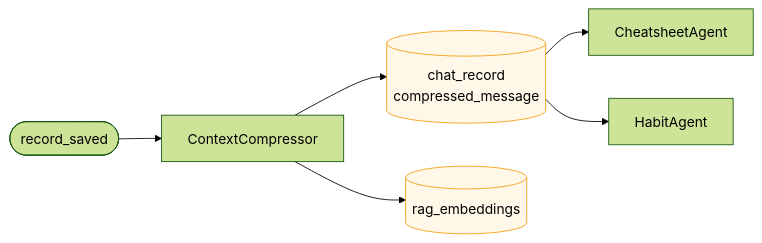
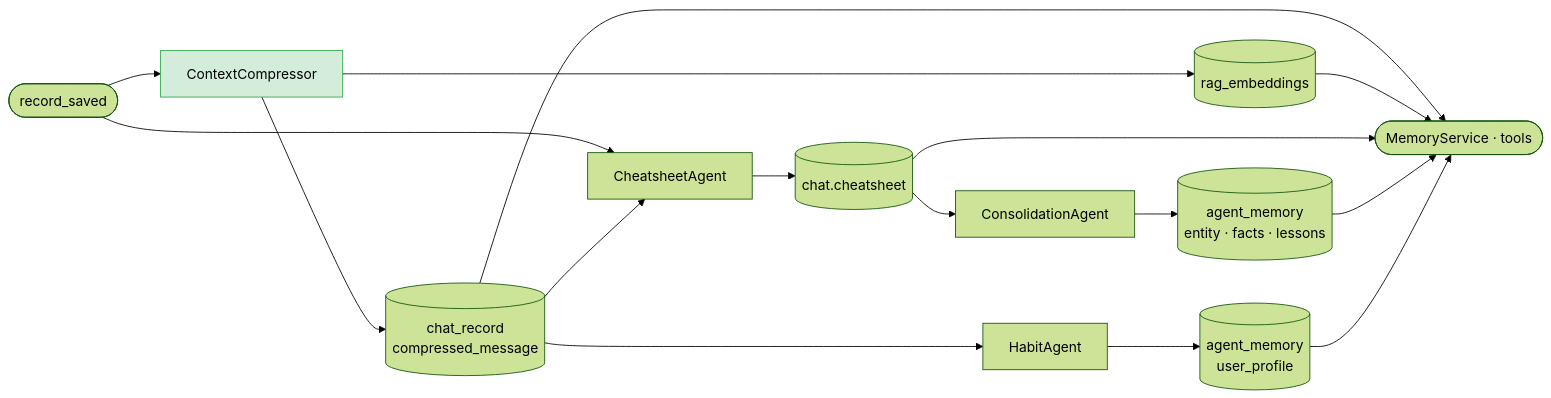
One commit to wiedersehne/Ida-arch changed the first of 5 diagrams in memory/context-compressor.md. Above: the diagram before and after it, drawn with Mermaid (forest theme). The commit also changed other lines of this file, not shown here.

````diff
--- a/memory/context-compressor.md
+++ b/memory/context-compressor.md
@@ -19,16 +21,28 @@
 ```mermaid
 flowchart LR
     RS(["record_saved"])
+
     CC["ContextCompressor"]
+    CSA["CheatsheetAgent"]
+    CONS["ConsolidationAgent"]
+    HA["HabitAgent"]
+
     CR[("chat_record\ncompressed_message")]
     RAG[("rag_embeddings")]
-    CSA["CheatsheetAgent"]
-    HA["HabitAgent"]
+    CS[("chat.cheatsheet")]
+    AM[("agent_memory\nentity · facts · lessons")]
+    UP[("agent_memory\nuser_profile")]
 
-    RS --> CC
+    MS(["MemoryService · tools"])
+
+    RS --> CC & CSA
     CC --> CR & RAG
     CR --> CSA & HA
+    CSA --> CS
+    CS --> CONS
+    CONS --> AM
+    HA --> UP
+    CR & RAG & CS & AM & UP --> MS
 
-    style CR fill:#fff8e8,stroke:#f39c12
-    style RAG fill:#fff8e8,stroke:#f39c12
+    style CC fill:#d4edda,stroke:#28a745
 ```
````
